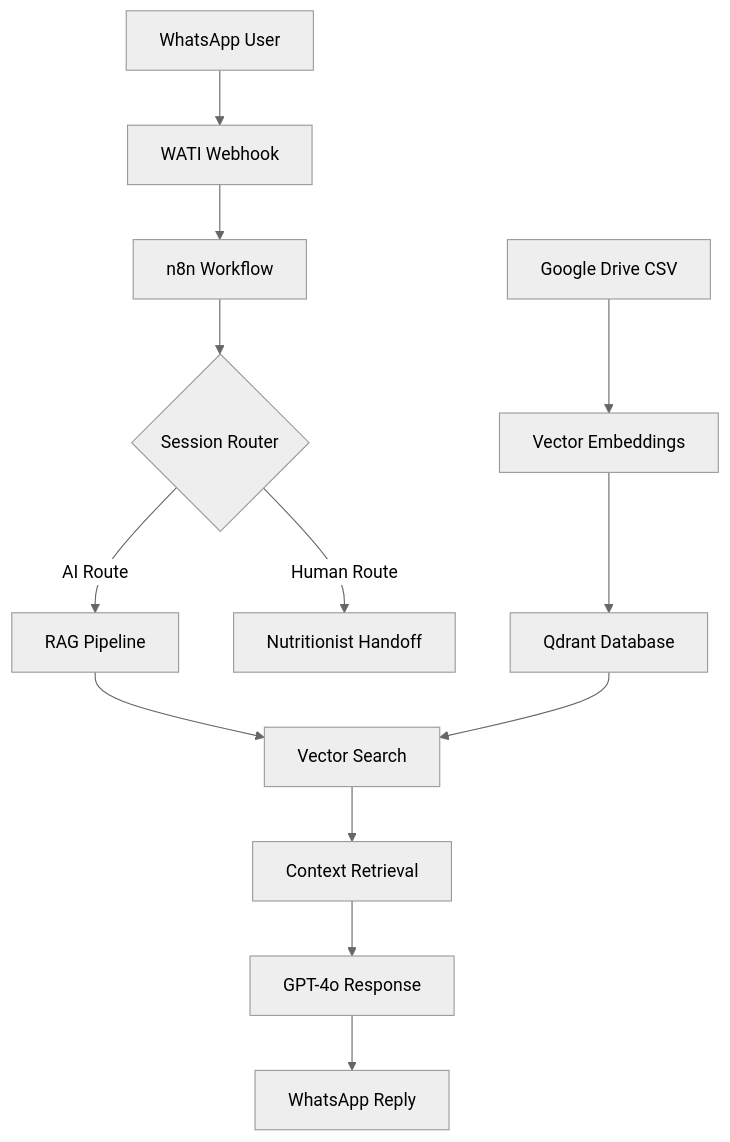
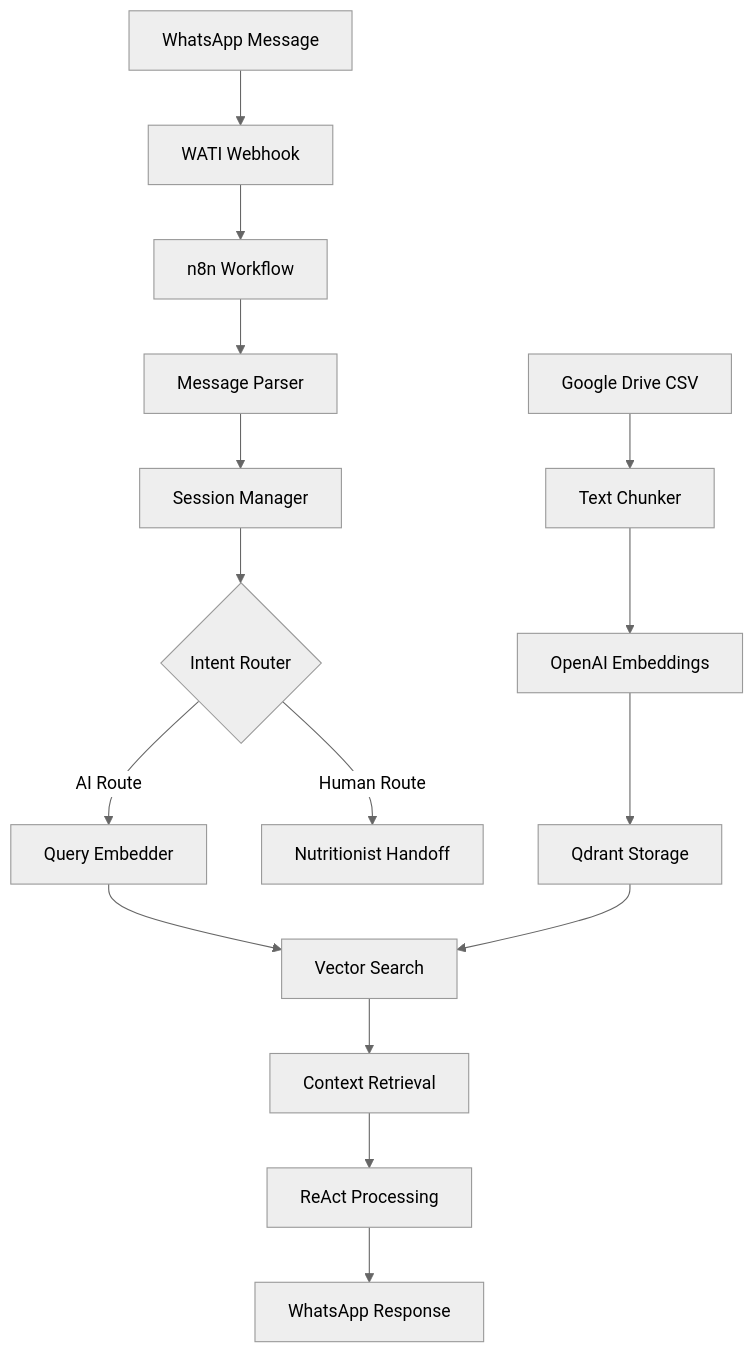
Before and after one commit to has-bi/nutritalk-n8n: the diagram in README.md, drawn with Mermaid (neutral theme). The commit also changed other lines of this file and 1 other file, not shown here.

````diff
--- a/README.md
+++ b/README.md
@@ -24,16 +38,19 @@
 ```mermaid
 graph TD
-    A[WhatsApp User] --> B[WATI Webhook]
+    A[WhatsApp Message] --> B[WATI Webhook]
     B --> C[n8n Workflow]
-    C --> D{Session Router}
-    D -->|AI Route| E[RAG Pipeline]
-    D -->|Human Route| F[Nutritionist Handoff]
-    E --> G[Vector Search]
-    G --> H[Context Retrieval]
-    H --> I[GPT-4o Response]
-    I --> J[WhatsApp Reply]
+    C --> D[Message Parser]
+    D --> E[Session Manager]
+    E --> F{Intent Router}
+    F -->|AI Route| G[Query Embedder]
+    F -->|Human Route| H[Nutritionist Handoff]
+    G --> I[Vector Search]
+    I --> J[Context Retrieval]
+    J --> K[ReAct Processing]
+    K --> L[WhatsApp Response]
 
-    K[Google Drive CSV] --> L[Vector Embeddings]
-    L --> M[Qdrant Database]
-    M --> G
+    M[Google Drive CSV] --> N[Text Chunker]
+    N --> O[OpenAI Embeddings]
+    O --> P[Qdrant Storage]
+    P --> I
 ```
````
